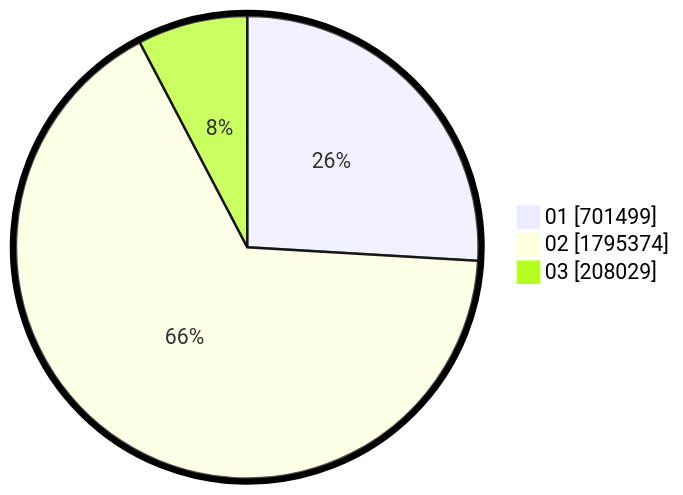
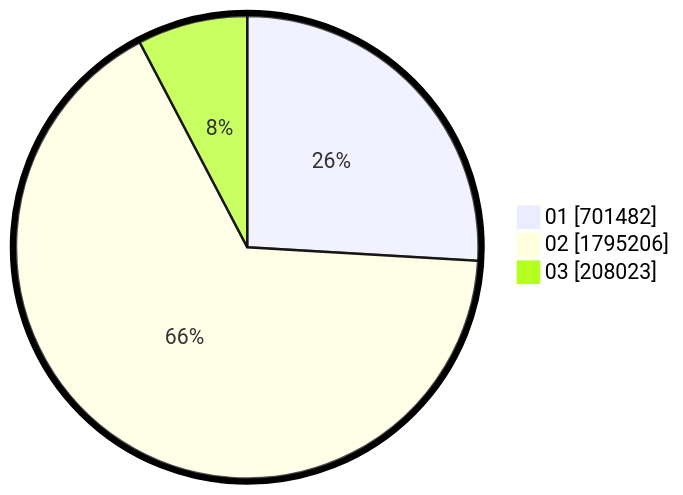
One commit to gigit-pemilu/pemilu-2024 changed the second of 2 diagrams in pilpres/hitung-suara/sub/table-wilayah-52.md. Above: the diagram before and after it, drawn with Mermaid. The commit also changed other lines of this file and 6 other files, not shown here.

````diff
--- a/pilpres/hitung-suara/sub/table-wilayah-52.md
+++ b/pilpres/hitung-suara/sub/table-wilayah-52.md
@@ -15,7 +15,7 @@
 ```mermaid
 %%{init: {"pie": {"textPosition": 0.5}, "themeVariables": {"pieOuterStrokeWidth": "5px"}} }%%
 pie showData
-    "01" : 701499
-    "02" : 1795374
-    "03" : 208029
+    "01" : 701482
+    "02" : 1795206
+    "03" : 208023
 ```
````
